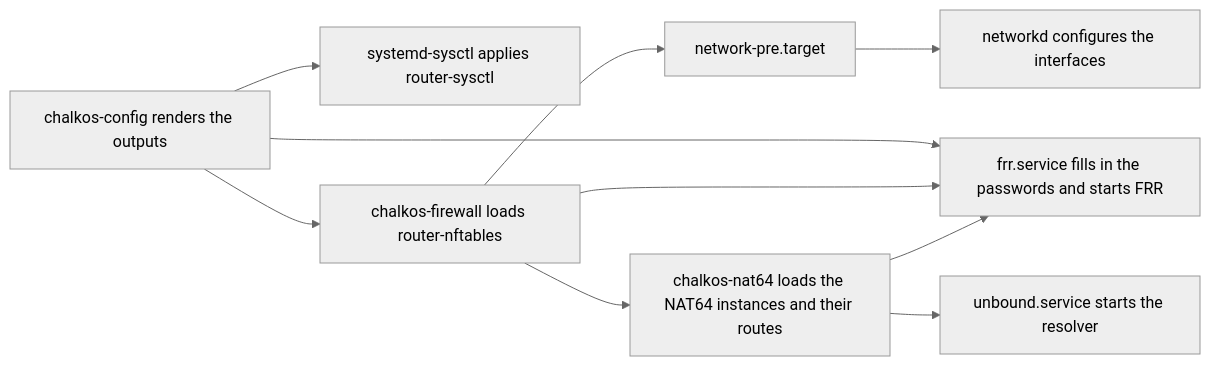
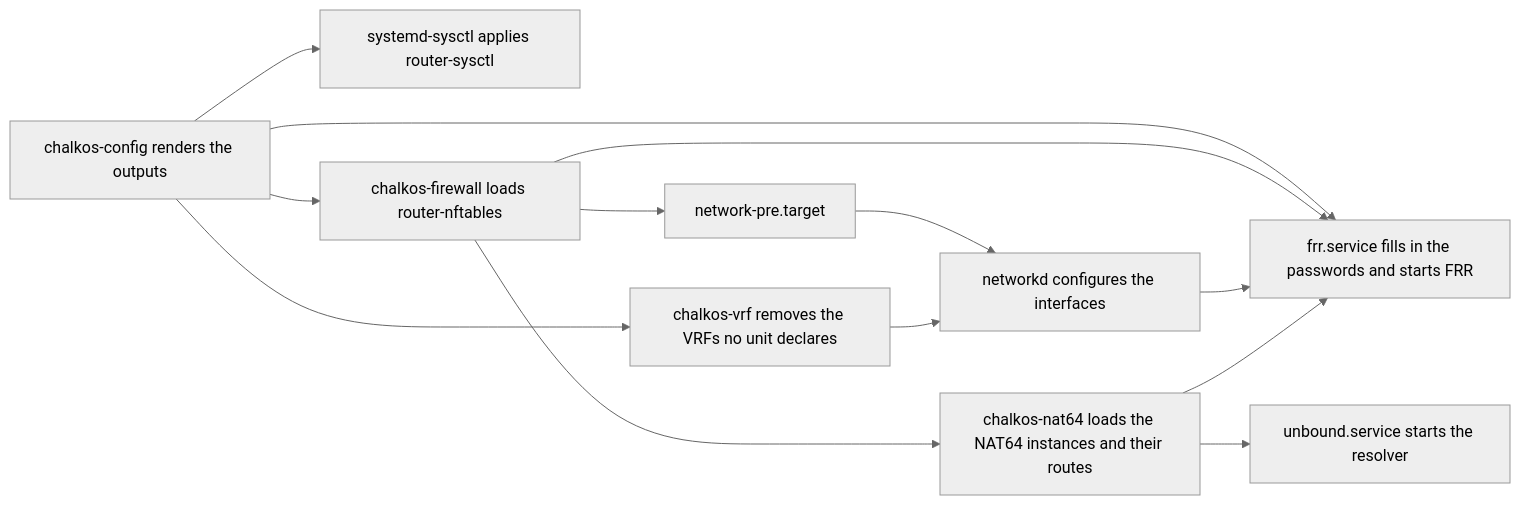
One commit to trevex/chalkos changed the diagram in docs/how-it-works/router/overview.md. Above: the diagram before and after it, drawn with Mermaid (neutral theme). The commit also changed other lines of this file and 11 other files, not shown here.

````diff
--- a/docs/how-it-works/router/overview.md
+++ b/docs/how-it-works/router/overview.md
@@ -81,12 +88,15 @@
 ```mermaid
 flowchart LR
     config["chalkos-config renders the outputs"] --> sysctl["systemd-sysctl applies router-sysctl"]
     config --> firewall["chalkos-firewall loads router-nftables"]
     firewall --> pre["network-pre.target"]
     pre --> networkd["networkd configures the interfaces"]
+    config --> vrf["chalkos-vrf removes the VRFs no unit declares"]
+    vrf --> networkd
     config --> frr["frr.service fills in the passwords and starts FRR"]
     firewall --> frr
+    networkd --> frr
     firewall --> nat64["chalkos-nat64 loads the NAT64 instances and their routes"]
     nat64 --> frr
     nat64 --> unbound["unbound.service starts the resolver"]
 ```
````
